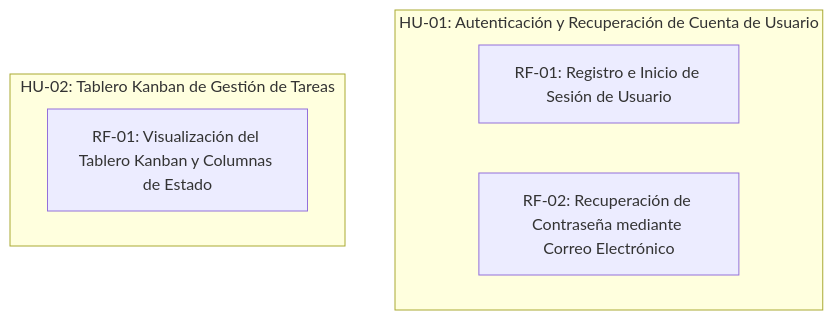
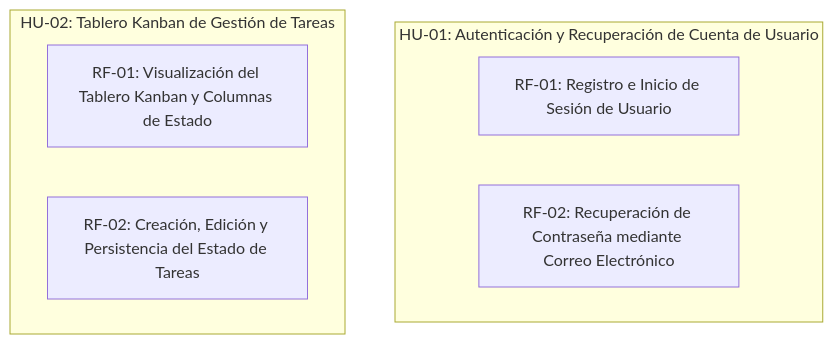
One commit to Agustin-PerezR/Dashboard changed the diagram in scrumDocs/grafo.md. Above: the diagram before and after it, drawn with Mermaid. The commit also changed other lines of this file, not shown here.

````diff
--- a/scrumDocs/grafo.md
+++ b/scrumDocs/grafo.md
@@ -5,10 +5,11 @@
 ```mermaid
 graph TD
   subgraph US_1788520746036["HU-01: Autenticación y Recuperación de Cuenta de Usuario"]
     REQ_1788521426728["RF-01: Registro e Inicio de Sesión de Usuario"]
     REQ_1788521431531["RF-02: Recuperación de Contraseña mediante Correo Electrónico"]
   end
   subgraph US_1788520756161["HU-02: Tablero Kanban de Gestión de Tareas"]
     REQ_1788521453775["RF-01: Visualización del Tablero Kanban y Columnas de Estado"]
+    REQ_1788521465401["RF-02: Creación, Edición y Persistencia del Estado de Tareas"]
   end
 ```
````
